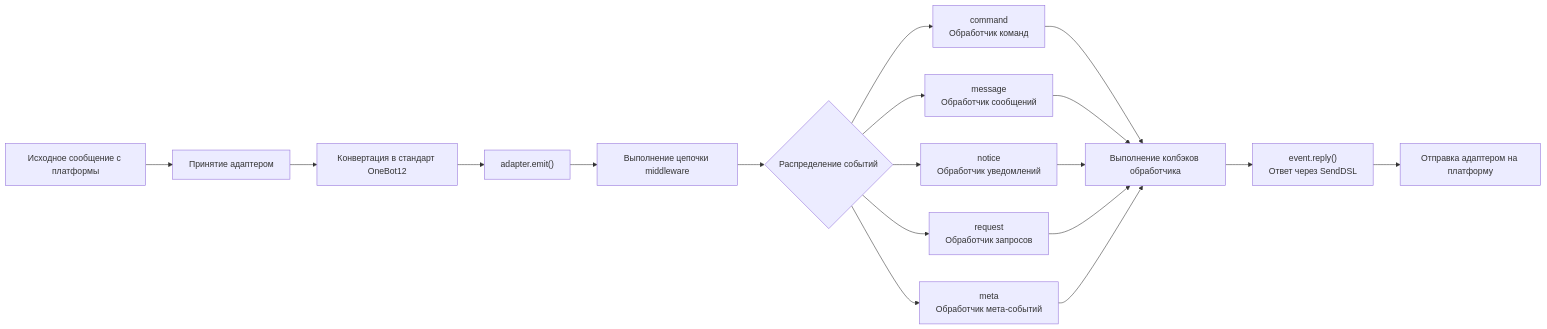
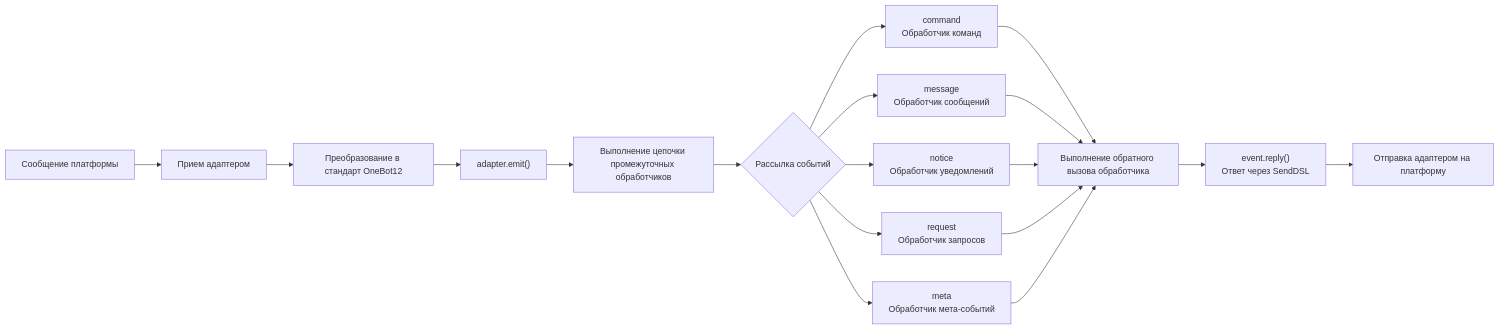
The third of 7 diagrams in docs/ru/architecture.md (ErisPulse/ErisPulse), drawn with Mermaid before and after one commit. The commit also changed other lines of this file and 251 other files, not shown here.

````diff
--- a/docs/ru/architecture.md
+++ b/docs/ru/architecture.md
@@ -96,16 +100,16 @@
 ```mermaid
 flowchart LR
-    A["Исходное сообщение с платформы"] --> B["Принятие адаптером"]
-    B --> C["Конвертация в стандарт OneBot12"]
+    A["Сообщение платформы"] --> B["Прием адаптером"]
+    B --> C["Преобразование в стандарт OneBot12"]
     C --> D["adapter.emit()"]
-    D --> E["Выполнение цепочки middleware"]
-    E --> F{"Распределение событий"}
+    D --> E["Выполнение цепочки промежуточных обработчиков"]
+    E --> F{"Рассылка событий"}
     F --> G1["command<br/>Обработчик команд"]
     F --> G2["message<br/>Обработчик сообщений"]
     F --> G3["notice<br/>Обработчик уведомлений"]
     F --> G4["request<br/>Обработчик запросов"]
     F --> G5["meta<br/>Обработчик мета-событий"]
-    G1 & G2 & G3 & G4 & G5 --> H["Выполнение колбэков обработчика"]
+    G1 & G2 & G3 & G4 & G5 --> H["Выполнение обратного вызова обработчика"]
     H --> I["event.reply()<br/>Ответ через SendDSL"]
     I --> J["Отправка адаптером на платформу"]
 ```
````
